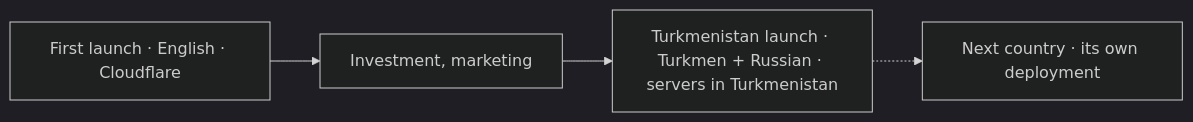
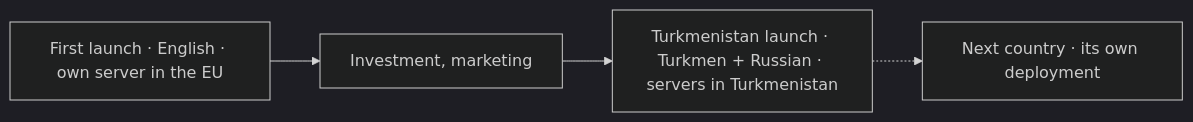
Before and after one commit to azamatos/yeral: the second of 3 diagrams in docs/product/01-vision.md, drawn with Mermaid (dark theme). The commit also changed other lines of this file and 7 other files, not shown here.

First line of the commit message:
docs: design round 1 prompt, one track at a time, own server for the first launch (#33)

````diff
--- a/docs/product/01-vision.md
+++ b/docs/product/01-vision.md
@@ -126,6 +126,6 @@
 ```mermaid
 flowchart LR
-  A["First launch · English · Cloudflare"] --> B["Investment, marketing"]
+  A["First launch · English · own server in the EU"] --> B["Investment, marketing"]
   B --> C["Turkmenistan launch · Turkmen + Russian · servers in Turkmenistan"]
   C -.-> D["Next country · its own deployment"]
 ```
````
